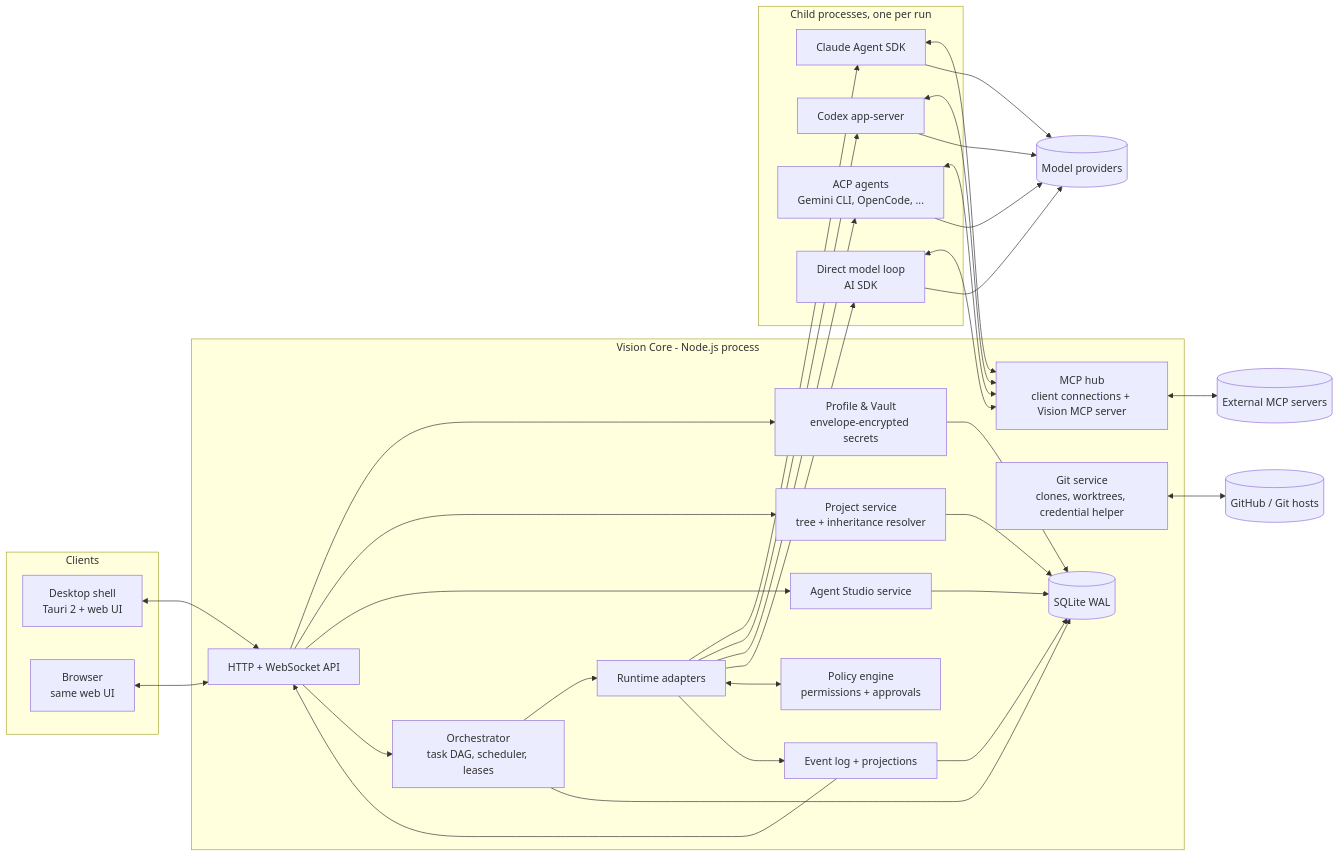
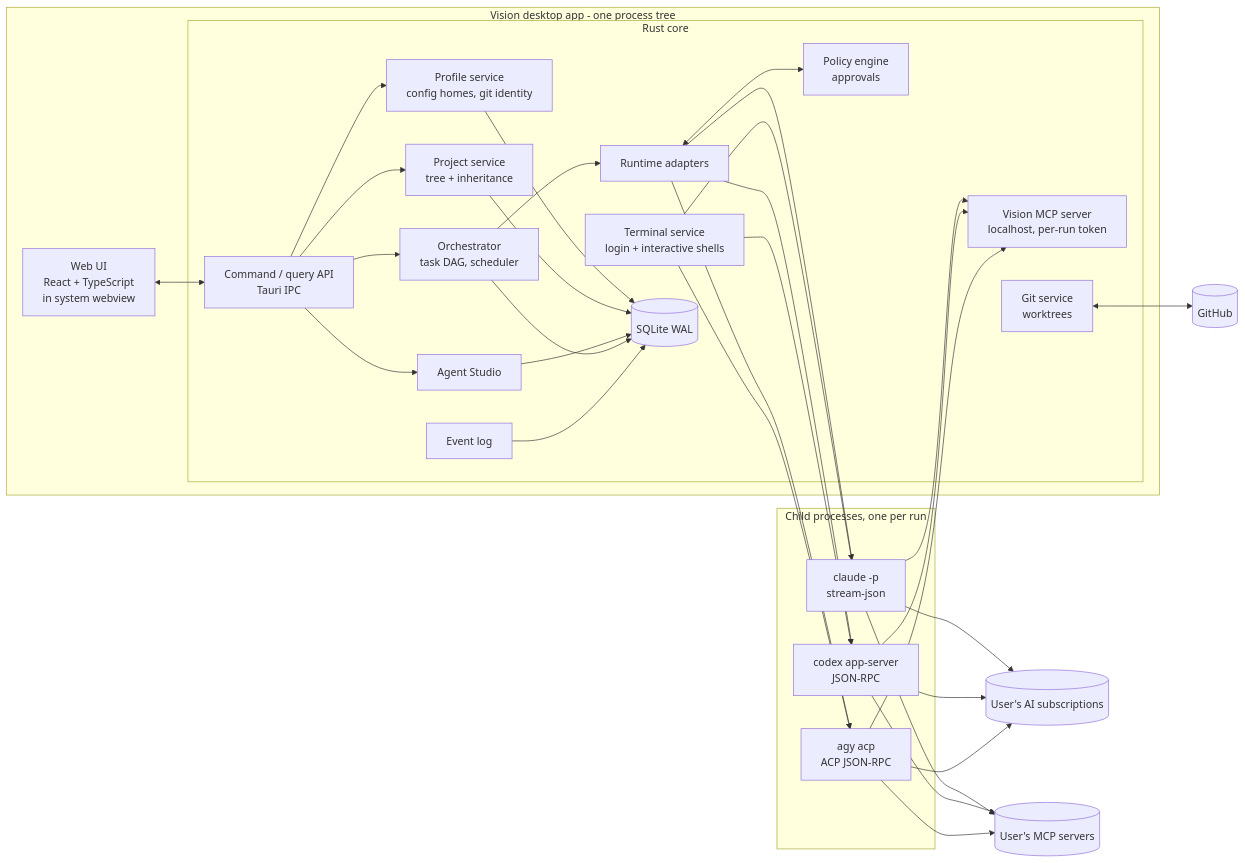
Before and after one commit to jakubkodajek/Vision: the first of 2 diagrams in docs/PLAN.md, drawn with Mermaid. The commit also changed other lines of this file and 1 other file, not shown here.

First line of the commit message:
docs: revise plan for CLI subscription sign-in and desktop-only app

````diff
--- a/docs/PLAN.md
+++ b/docs/PLAN.md
@@ -60,40 +70,39 @@
 ```mermaid
 flowchart LR
-    subgraph Clients
-        D[Desktop shell<br/>Tauri 2 + web UI]
-        B[Browser<br/>same web UI]
+    subgraph App[Vision desktop app - one process tree]
+        UI[Web UI<br/>React + TypeScript<br/>in system webview]
+        subgraph Core[Rust core]
+            CMD[Command / query API<br/>Tauri IPC]
+            PRF[Profile service<br/>config homes, git identity]
+            PRJ[Project service<br/>tree + inheritance]
+            AGS[Agent Studio]
+            ORC[Orchestrator<br/>task DAG, scheduler]
+            POL[Policy engine<br/>approvals]
+            RT[Runtime adapters]
+            VMCP[Vision MCP server<br/>localhost, per-run token]
+            GIT[Git service<br/>worktrees]
+            PTY[Terminal service<br/>login + interactive shells]
+            EV[Event log]
+            DB[(SQLite WAL)]
+        end
     end
-    subgraph Core[Vision Core - Node.js process]
-        API[HTTP + WebSocket API]
-        PS[Profile & Vault<br/>envelope-encrypted secrets]
-        PM[Project service<br/>tree + inheritance resolver]
-        AS[Agent Studio service]
-        ORC[Orchestrator<br/>task DAG, scheduler, leases]
-        POL[Policy engine<br/>permissions + approvals]
-        RT[Runtime adapters]
-        MCPH[MCP hub<br/>client connections + Vision MCP server]
-        GIT[Git service<br/>clones, worktrees, credential helper]
-        EV[Event log + projections]
-        DB[(SQLite WAL)]
+    subgraph Children[Child processes, one per run]
+        CC[claude -p<br/>stream-json]
+        CX[codex app-server<br/>JSON-RPC]
+        AG[agy acp<br/>ACP JSON-RPC]
     end
-    subgraph Runtimes[Child processes, one per run]
-        CA[Claude Agent SDK]
-        CX[Codex app-server]
-        ACP[ACP agents<br/>Gemini CLI, OpenCode, ...]
-        DM[Direct model loop<br/>AI SDK]
-    end
-    EXT[(External MCP servers)]
-    GH[(GitHub / Git hosts)]
-    LLM[(Model providers)]
+    GH[(GitHub)]
+    SUBS[(User's AI subscriptions)]
+    EXT[(User's MCP servers)]
 
-    D & B <--> API
-    API --> PS & PM & AS & ORC
-    ORC --> RT --> CA & CX & ACP & DM
+    UI <--> CMD
+    CMD --> PRF & PRJ & AGS & ORC
+    ORC --> RT --> CC & CX & AG
     RT <--> POL
-    CA & CX & ACP & DM <--> MCPH
-    MCPH <--> EXT
+    CC & CX & AG --> VMCP
+    CC & CX & AG --> SUBS
+    CC & CX & AG --> EXT
     GIT <--> GH
-    CA & CX & ACP & DM --> LLM
-    PS & PM & AS & ORC & EV --> DB
-    RT --> EV --> API
+    PTY --> CC & CX & AG
+    PRF & PRJ & AGS & ORC & EV --> DB
 ```
````
